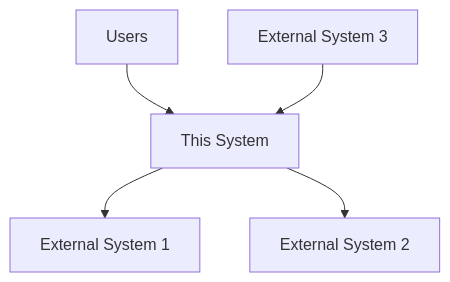
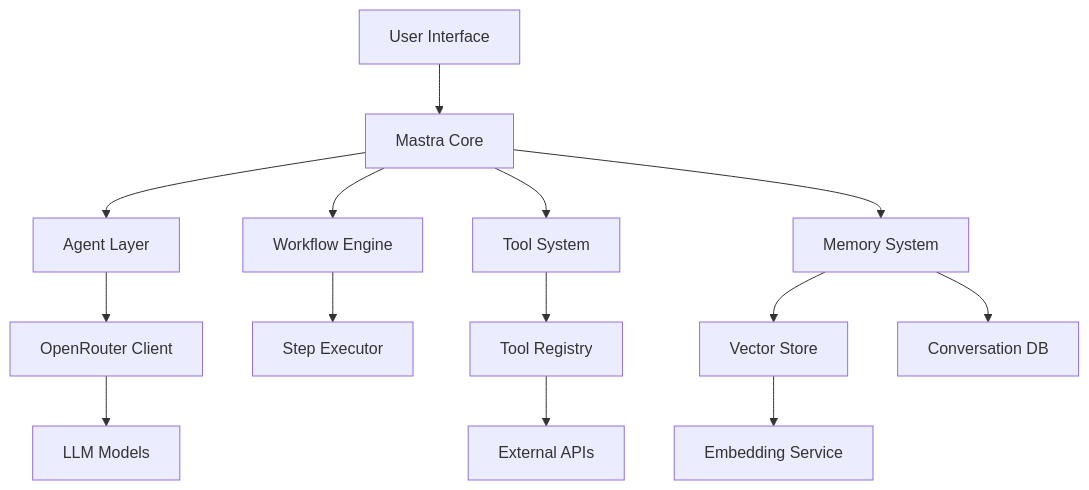
Before and after one commit to jwynia/mastra-context-network: the second of 5 diagrams in context-network/foundation/system_overview.md, drawn with Mermaid. The commit also changed other lines of this file and 19 other files, not shown here.

First line of the commit message:
Refactor project from Node-TypeScript to LLM Agent template

````diff
--- a/context-network/foundation/system_overview.md
+++ b/context-network/foundation/system_overview.md
@@ -22,7 +76,18 @@
 ```mermaid
 flowchart TD
-    User[Users] --> System[This System]
-    System --> ExternalSystem1[External System 1]
-    System --> ExternalSystem2[External System 2]
-    ExternalSystem3[External System 3] --> System
+    UserInterface[User Interface] --> MastraCore[Mastra Core]
+    MastraCore --> AgentLayer[Agent Layer]
+    MastraCore --> WorkflowEngine[Workflow Engine]
+    MastraCore --> ToolSystem[Tool System]
+    MastraCore --> MemorySystem[Memory System]
+    
+    AgentLayer --> OpenRouterClient[OpenRouter Client]
+    WorkflowEngine --> StepExecutor[Step Executor]
+    ToolSystem --> ToolRegistry[Tool Registry]
+    MemorySystem --> VectorStore[Vector Store]
+    MemorySystem --> ConversationDB[Conversation DB]
+    
+    OpenRouterClient --> LLMModels[LLM Models]
+    ToolRegistry --> ExternalAPIs[External APIs]
+    VectorStore --> EmbeddingService[Embedding Service]
 ```
````
